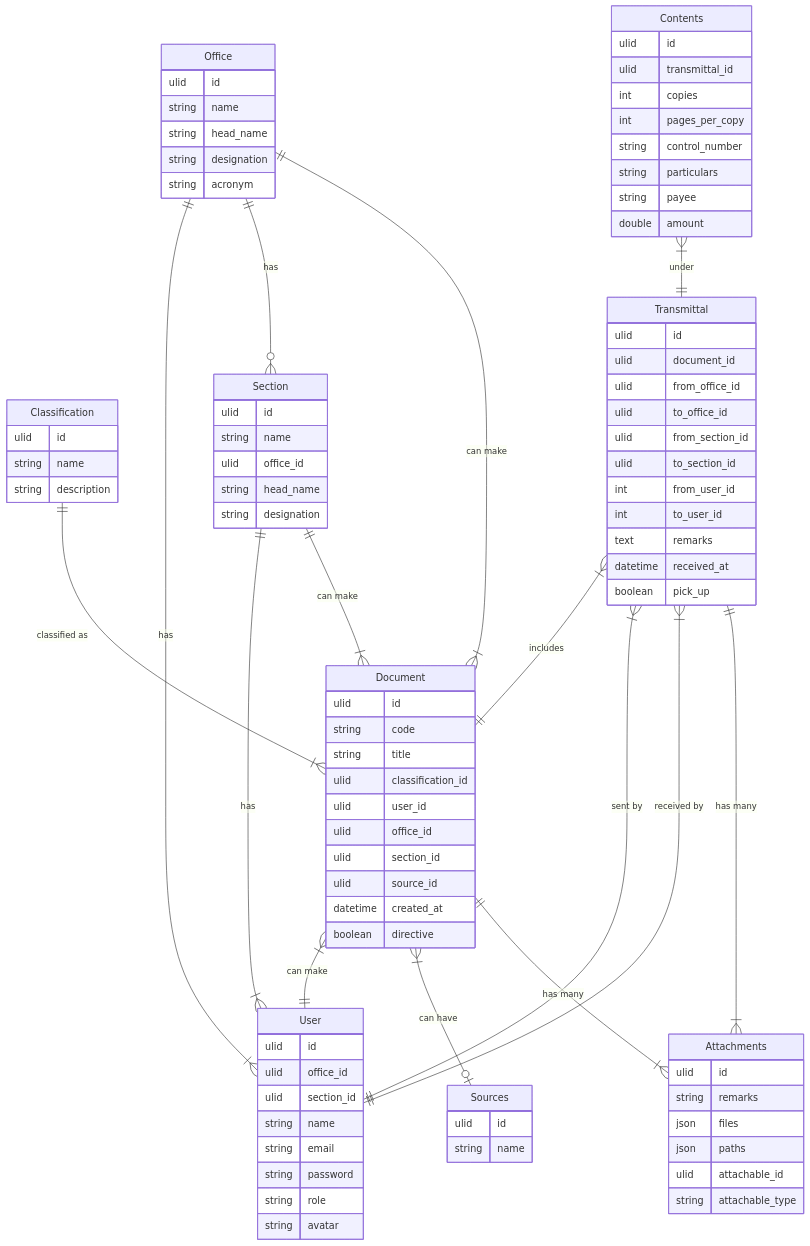
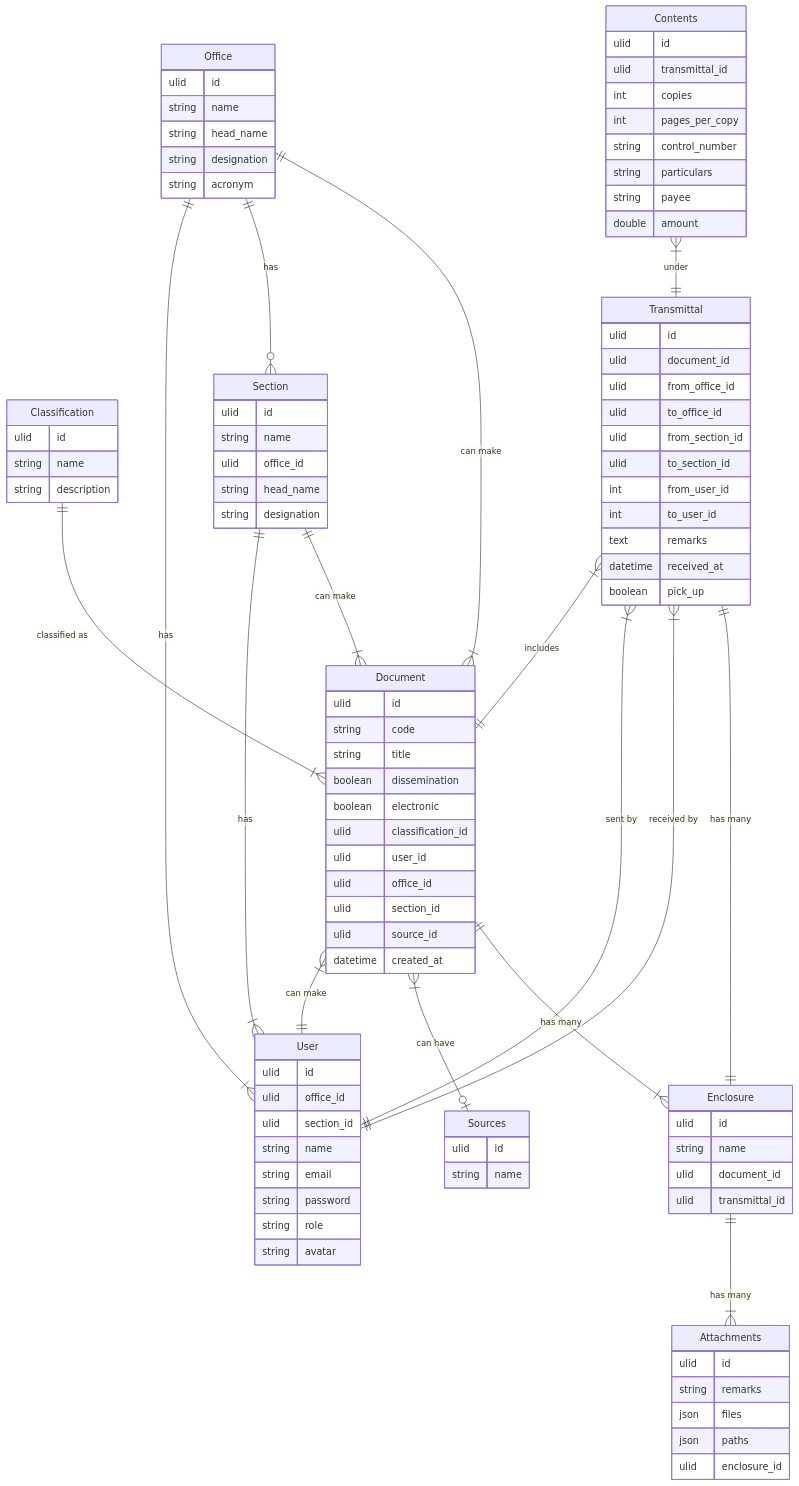
One commit to lordsalvar/paperchase changed the second of 2 diagrams in README.md. Above: the diagram before and after it, drawn with Mermaid. The commit also changed 17 other files, not shown here.

````diff
--- a/README.md
+++ b/README.md
@@ -75,94 +75,101 @@
 ```mermaid
 erDiagram
 Document {
-ulid id
-string code
-string title
-ulid classification_id
-ulid user_id
-ulid office_id
-ulid section_id
-ulid source_id
-datetime created_at
-boolean directive
+  ulid id
+  string code
+  string title
+  boolean dissemination
+  boolean electronic
+  ulid classification_id
+  ulid user_id
+  ulid office_id
+  ulid section_id
+  ulid source_id
+  datetime created_at
 }
 Classification {
-ulid id
-string name
-string description
+  ulid id
+  string name
+  string description
 }
 Office {
-ulid id
-string name
-string head_name
-string designation
-string acronym
+  ulid id
+  string name
+  string head_name
+  string designation
+  string acronym
 }
 Sources{
-ulid id
-string name
+  ulid id
+  string name
 }
 Section {
-ulid id
-string name
-ulid office_id
-string head_name
-string designation
+  ulid id
+  string name
+  ulid office_id
+  string head_name
+  string designation
 }
 Transmittal {
-ulid id
-ulid document_id
-ulid from_office_id
-ulid to_office_id
-ulid from_section_id
-ulid to_section_id
-int from_user_id
-int to_user_id
-text remarks
-datetime received_at
-boolean pick_up
+  ulid id
+  ulid document_id
+  ulid from_office_id
+  ulid to_office_id
+  ulid from_section_id
+  ulid to_section_id
+  int from_user_id
+  int to_user_id
+  text remarks
+  datetime received_at
+  boolean pick_up
 }
 Contents {
-ulid id
-ulid transmittal_id
-int copies
-int pages_per_copy
-string control_number
-string particulars
-string payee
-double amount
+  ulid id
+  ulid transmittal_id
+  int copies
+  int pages_per_copy
+  string control_number
+  string particulars
+  string payee
+  double amount
 }
 User {
-ulid id
-ulid office_id
-ulid section_id
-string name
-string email
-string password
-string role
-string avatar
+  ulid id
+  ulid office_id
+  ulid section_id
+  string name
+  string email
+  string password
+  string role
+  string avatar
+}
+Enclosure {
+  ulid id
+  string name
+  ulid document_id
+  ulid transmittal_id
 }
 Attachments{
-ulid id
-string remarks
-json files
-json paths
-ulid attachable_id
-string attachable_type
+  ulid id
+  string remarks
+  json files
+  json paths
+  ulid enclosure_id
 }
 
-    Transmittal }|--|| Document : "includes"
-    Section || -- }| User : "has"
-    Office || -- }| User : "has"
-    Contents }|--|| Transmittal : "under"
-    Transmittal }|--|| User : "sent by"
-    Transmittal }|--|| User : "received by"
-    Office ||--o{ Section : "has"
-    Document }| -- || User : "can make"
-    Office || -- }| Document : "can make"
-    Section || -- }| Document : "can make"
-    Classification ||--|{ Document : "classified as"
-    Document }| -- o| Sources : "can have"
-    Document || -- }| Attachments : "has many"
-    Transmittal || -- }| Attachments : "has many"
-``` 
+Transmittal }|--|| Document : "includes"
+Section || -- |{ User : "has"
+Office || -- |{ User : "has"
+Contents }|--|| Transmittal : "under"
+Transmittal }|--|| User : "sent by"
+Transmittal }|--|| User : "received by"
+Office ||--o{ Section : "has"
+Document }| -- || User : "can make"
+Office || -- |{ Document : "can make"
+Section || -- |{ Document : "can make"
+Classification ||--|{ Document : "classified as"
+Document }| -- o| Sources : "can have"
+Document || -- |{ Enclosure : "has many"
+Transmittal || -- || Enclosure : "has many"
+Enclosure || -- |{ Attachments : "has many"
+```
````
